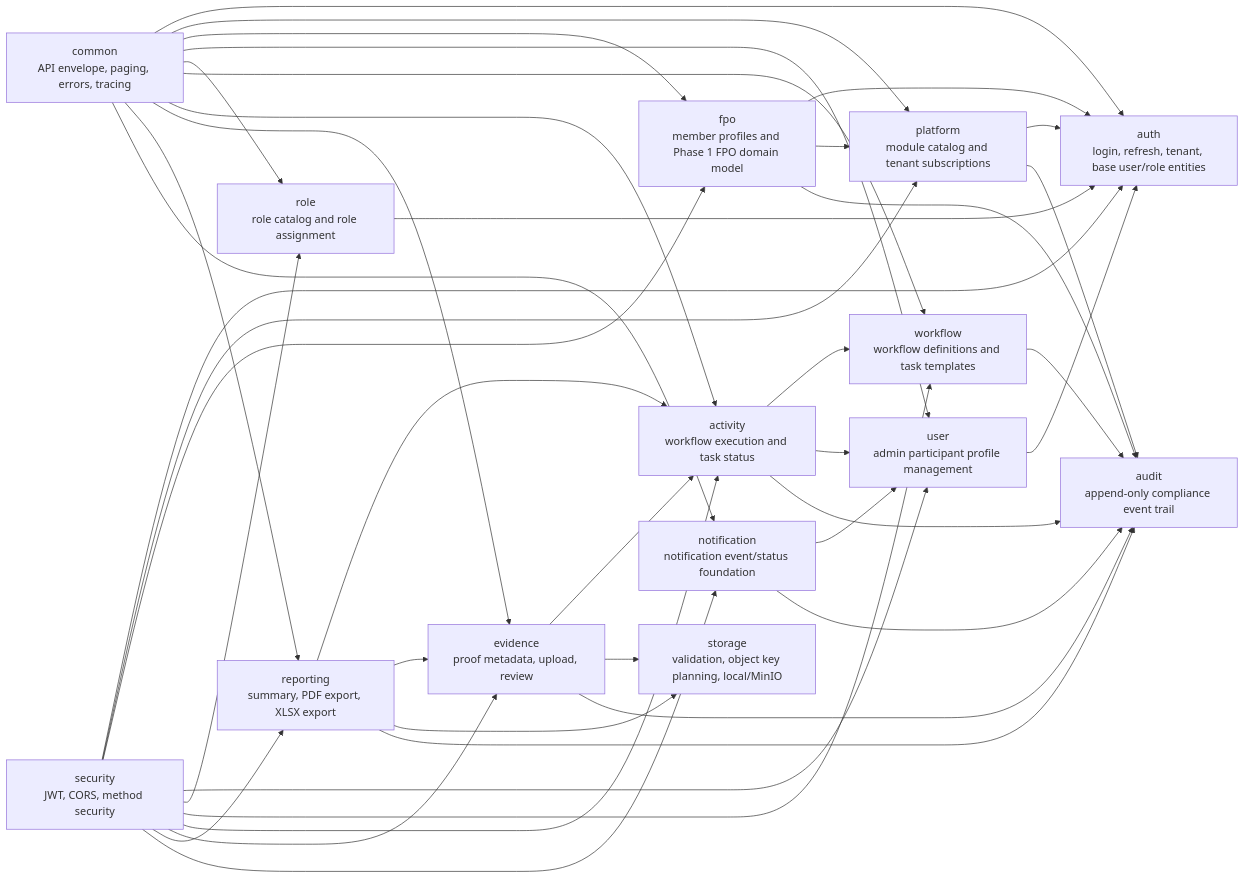
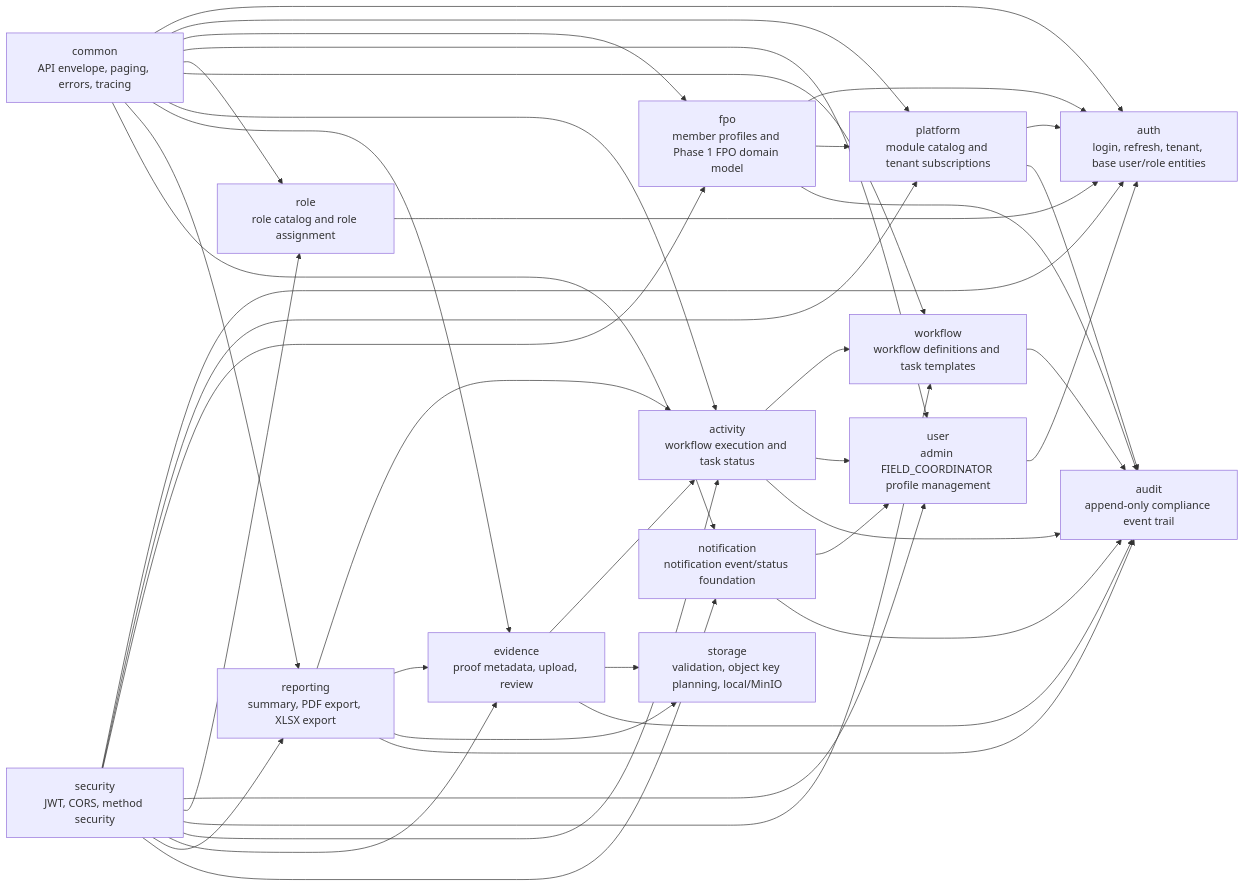
One commit to korearun5/activity-compliance changed the second of 14 diagrams in docs/component-and-data-model-diagrams.md. Above: the diagram before and after it, drawn with Mermaid. The commit also changed other lines of this file and 104 other files, not shown here.

````diff
--- a/docs/component-and-data-model-diagrams.md
+++ b/docs/component-and-data-model-diagrams.md
@@ -153,58 +153,58 @@
 ```mermaid
 flowchart LR
     Common["common\nAPI envelope, paging, errors, tracing"]
     Security["security\nJWT, CORS, method security"]
     Auth["auth\nlogin, refresh, tenant, base user/role entities"]
     Platform["platform\nmodule catalog and tenant subscriptions"]
     FPO["fpo\nmember profiles and Phase 1 FPO domain model"]
-    User["user\nadmin participant profile management"]
+    User["user\nadmin FIELD_COORDINATOR profile management"]
     Role["role\nrole catalog and role assignment"]
     Workflow["workflow\nworkflow definitions and task templates"]
     Activity["activity\nworkflow execution and task status"]
     Evidence["evidence\nproof metadata, upload, review"]
     Storage["storage\nvalidation, object key planning, local/MinIO"]
     Reporting["reporting\nsummary, PDF export, XLSX export"]
     Notification["notification\nnotification event/status foundation"]
     Audit["audit\nappend-only compliance event trail"]
 
     Common --> Auth
     Common --> Platform
     Common --> FPO
     Common --> User
     Common --> Role
     Common --> Workflow
     Common --> Activity
     Common --> Evidence
     Common --> Reporting
     Common --> Notification
     Security --> Auth
     Security --> Platform
     Security --> FPO
     Security --> User
     Security --> Role
     Security --> Workflow
     Security --> Activity
     Security --> Evidence
     Security --> Reporting
     Security --> Notification
     Platform --> Auth
     Platform --> Audit
     FPO --> Auth
     FPO --> Platform
     FPO --> Audit
     User --> Auth
     Role --> Auth
     Workflow --> Audit
     Activity --> Workflow
     Activity --> User
     Activity --> Audit
     Evidence --> Activity
     Evidence --> Storage
     Evidence --> Audit
     Reporting --> Activity
     Reporting --> Evidence
     Reporting --> Storage
     Reporting --> Audit
     Notification --> User
     Notification --> Audit
 ```
````
